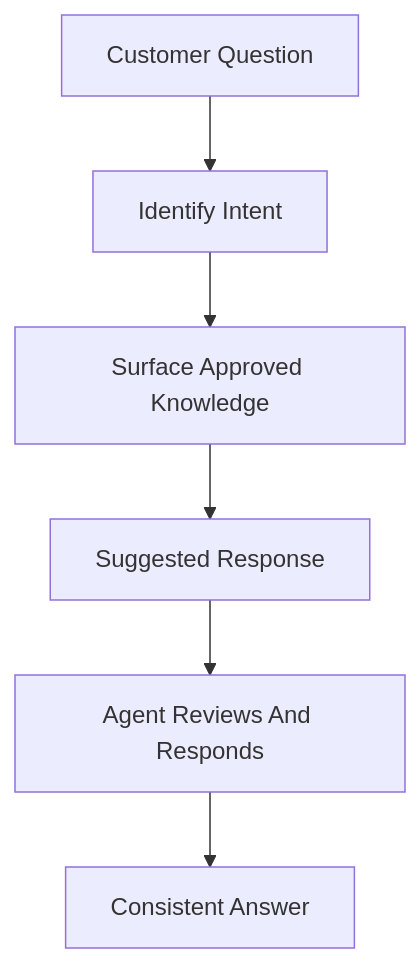
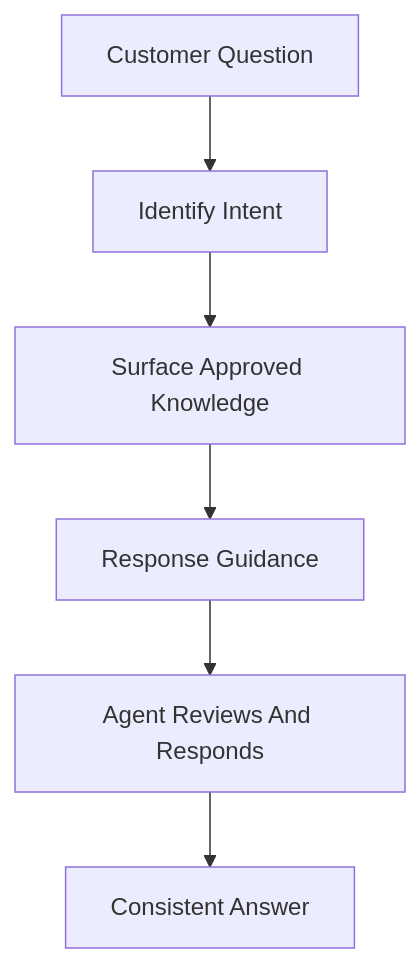
Before and after one commit to WebexSamples/webex-ai-agents: the fifth of 11 diagrams in AI_CookBook/ai-assist-benefits3.md, drawn with Mermaid. The commit also changed other lines of this file, not shown here.

````diff
--- a/AI_CookBook/ai-assist-benefits3.md
+++ b/AI_CookBook/ai-assist-benefits3.md
@@ -135,8 +134,8 @@
 ```mermaid
 flowchart TD
     Question[Customer Question] --> Intent[Identify Intent]
     Intent --> Knowledge[Surface Approved Knowledge]
-    Knowledge --> Suggested[Suggested Response]
+    Knowledge --> Suggested[Response Guidance]
     Suggested --> Agent[Agent Reviews And Responds]
     Agent --> Outcome[Consistent Answer]
 ```
````
